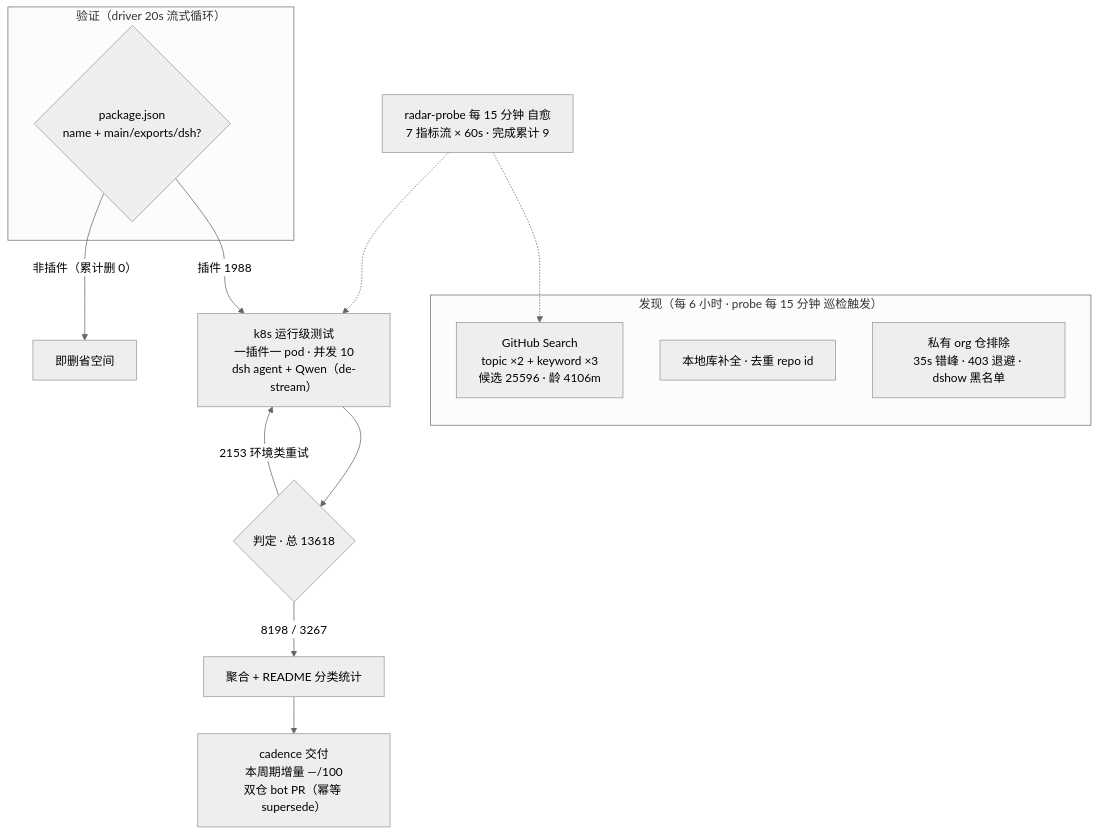
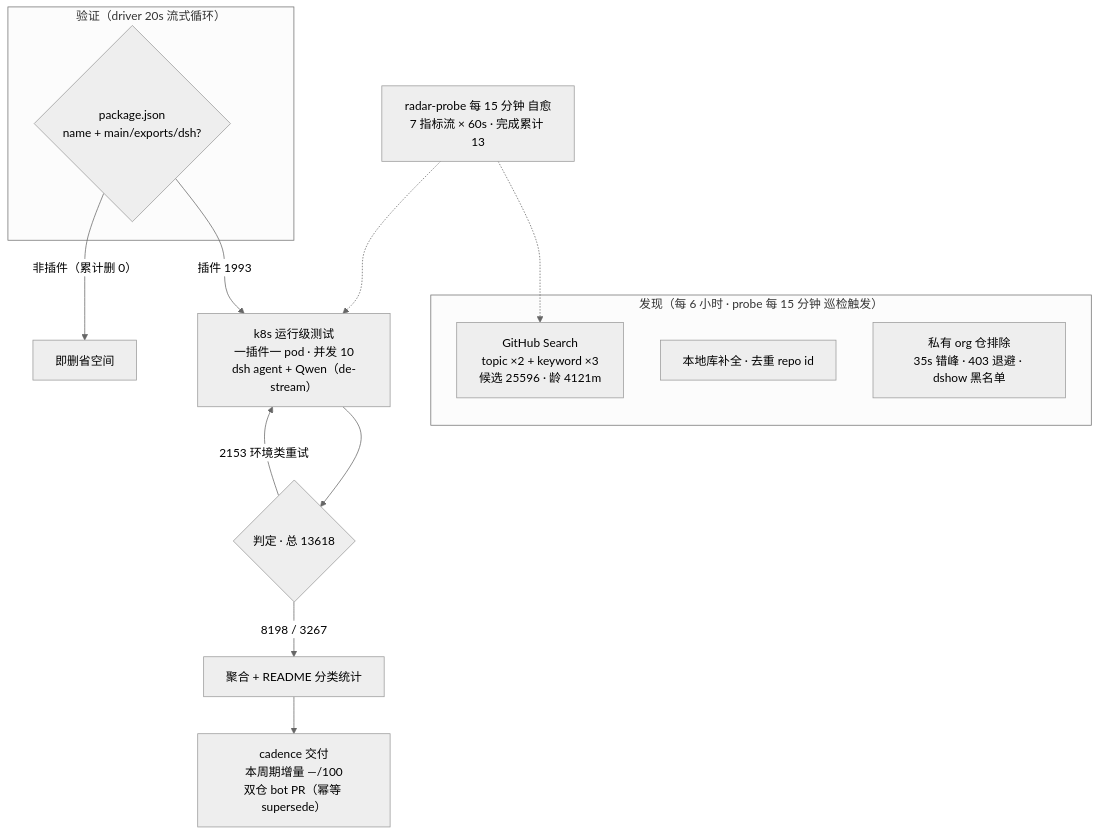
One commit to Zhidao-Lab-OSS/awesome-dsh-plugins changed the diagram in README.md. Above: the diagram before and after it, drawn with Mermaid (neutral theme). The commit also changed other lines of this file and 1 other file, not shown here.

Commit message:
readme-render: 渲染自快照 20261004T180001Z（自托管 Bot B · merge 门控）

````diff
--- a/README.md
+++ b/README.md
@@ -54,20 +54,20 @@
 ```mermaid
 flowchart TB
     subgraph Discovery["发现（每 6 小时 · probe 每 15 分钟 巡检触发）"]
-        A1["GitHub Search<br/>topic ×2 + keyword ×3<br/>候选 25596 · 龄 4106m"]
+        A1["GitHub Search<br/>topic ×2 + keyword ×3<br/>候选 25596 · 龄 4121m"]
         A2["本地库补全 · 去重 repo id"]
         A3["私有 org 仓排除<br/>35s 错峰 · 403 退避 · dshow 黑名单"]
     end
     subgraph Validation["验证（driver 20s 流式循环）"]
         B1{"package.json<br/>name + main/exports/dsh?"}
     end
-    B1 -->|"插件 1988"| C1["k8s 运行级测试<br/>一插件一 pod · 并发 10<br/>dsh agent + Qwen（de-stream）"]
+    B1 -->|"插件 1993"| C1["k8s 运行级测试<br/>一插件一 pod · 并发 10<br/>dsh agent + Qwen（de-stream）"]
     B1 -->|"非插件（累计删 0）"| B3["即删省空间"]
     C1 --> D1{"判定 · 总 13618"}
     D1 -->|"8198 / 3267"| E1["聚合 + README 分类统计"]
     D1 -->|"2153 环境类重试"| C1
     E1 --> E2["cadence 交付<br/>本周期增量 —/100<br/>双仓 bot PR（幂等 supersede）"]
-    M["radar-probe 每 15 分钟 自愈<br/>7 指标流 × 60s · 完成累计 9"]
+    M["radar-probe 每 15 分钟 自愈<br/>7 指标流 × 60s · 完成累计 13"]
     M -.-> A1
     M -.-> C1
 ```
````
